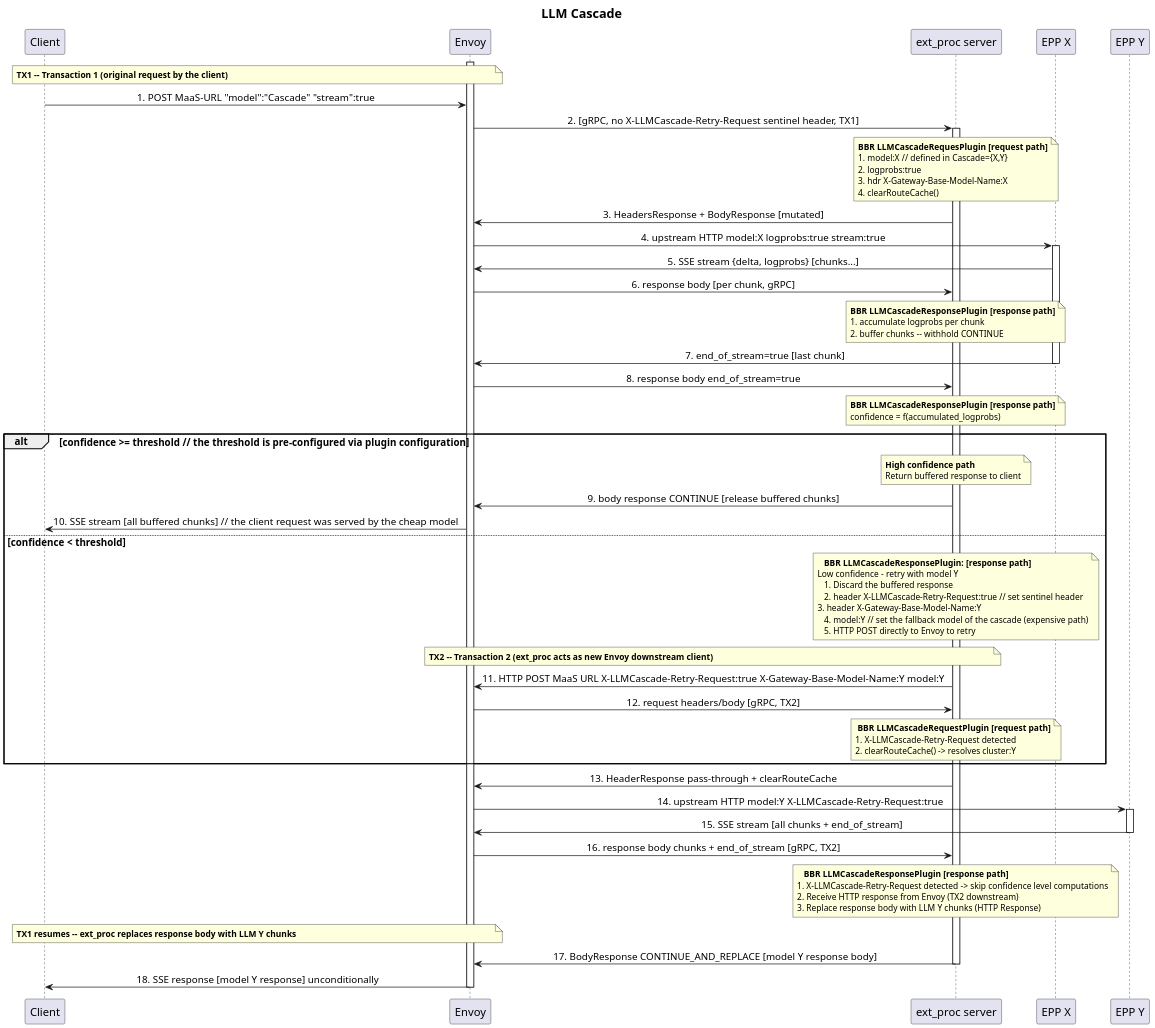
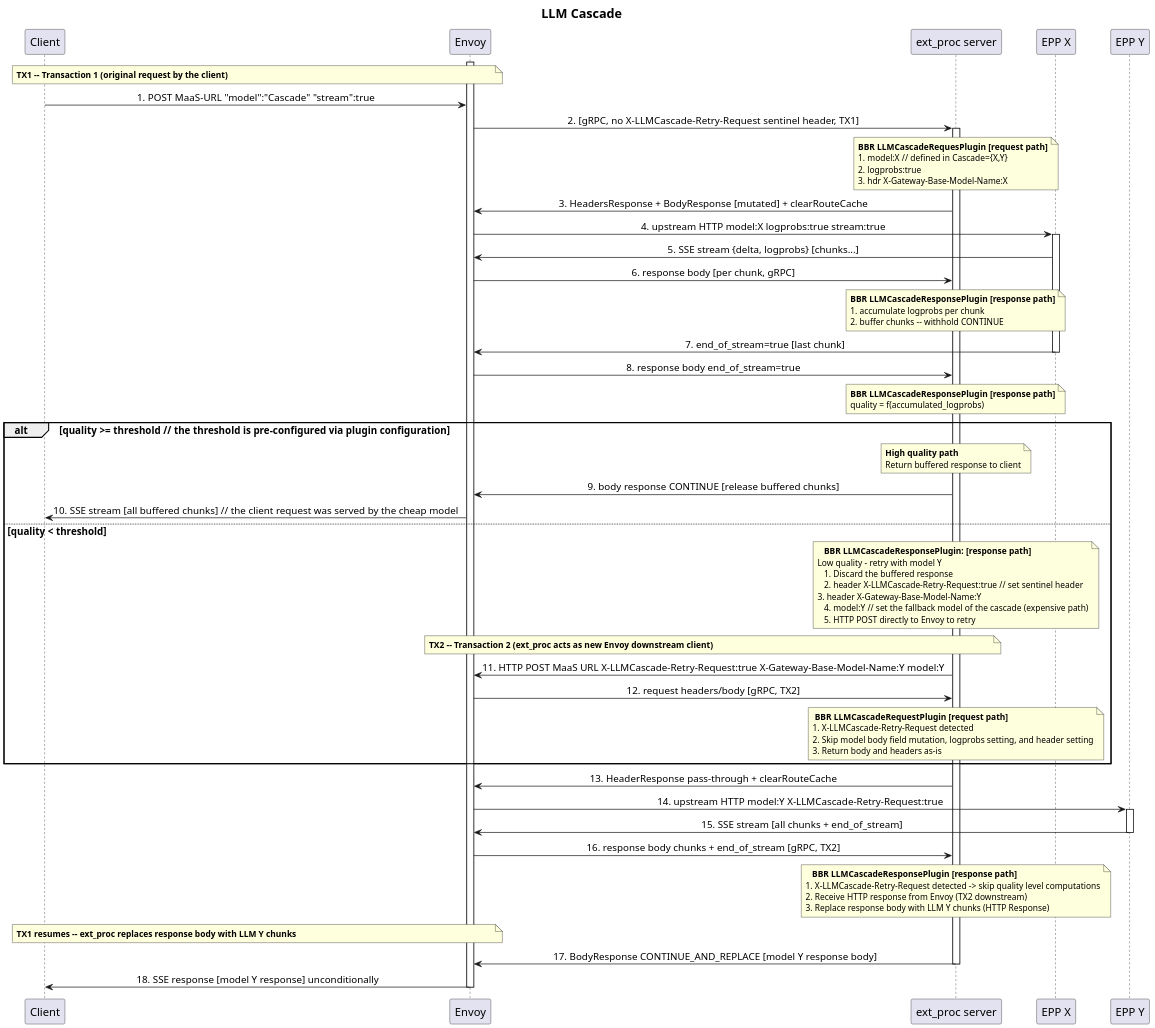
One commit to davidbreitgand/diagrams changed the diagram in low-level-sequence-diagram.puml. Above: the diagram before and after it, drawn with PlantUML. The commit also changed 1 other file, not shown here.

```diff
--- a/low-level-sequence-diagram.puml
+++ b/low-level-sequence-diagram.puml
@@ -1,110 +1,110 @@
 @startuml LLMCascade
 ' PlantUML Diagram
 ' Edit this file to create your diagram
 
 ' High-quality settings optimized for Google Docs
 ' Balance between resolution and size to prevent cutoff
 skinparam dpi 400
 skinparam defaultFontSize 14
 skinparam titleFontSize 18
 skinparam participantFontSize 16
 skinparam sequenceMessageAlign center
 skinparam noteFontSize 12
 skinparam noteTextAlignment left
 
 ' Compact layout to fit page width
 skinparam ParticipantPadding 20
 skinparam BoxPadding 5
 skinparam SequenceMessageAlign center
 
 ' Prevent diagram cutoff
 scale 0.4
 
 title LLM Cascade
 
 participant "Client" as client
 participant "Envoy" as envoy
 participant "ext_proc server" as ext_proc
 participant "EPP X" as epp_cx
 participant "EPP Y" as epp_cy
 
 activate envoy
 note over client,envoy
   **TX1 -- Transaction 1 (original request by the client)**
 end note
 client -> envoy: 1. POST MaaS-URL "model":"Cascade" "stream":true
 envoy -> ext_proc: 2. [gRPC, no X-LLMCascade-Retry-Request sentinel header, TX1]
 activate ext_proc
 note over ext_proc
   **BBR LLMCascadeRequesPlugin [request path]**
   1. model:X // defined in Cascade={X,Y}
   2. logprobs:true
   3. hdr X-Gateway-Base-Model-Name:X
-  4. clearRouteCache()
 end note
-ext_proc -> envoy: 3. HeadersResponse + BodyResponse [mutated]
+ext_proc -> envoy: 3. HeadersResponse + BodyResponse [mutated] + clearRouteCache
 envoy -> epp_cx: 4. upstream HTTP model:X logprobs:true stream:true
 activate epp_cx
 epp_cx -> envoy: 5. SSE stream {delta, logprobs} [chunks...]
 envoy -> ext_proc: 6. response body [per chunk, gRPC]
 note over ext_proc
   **BBR LLMCascadeResponsePlugin [response path]**
   1. accumulate logprobs per chunk
   2. buffer chunks -- withhold CONTINUE
 end note 
 epp_cx -> envoy: 7. end_of_stream=true [last chunk]
 deactivate epp_cx
 envoy -> ext_proc: 8. response body end_of_stream=true
 note over ext_proc
   **BBR LLMCascadeResponsePlugin [response path]**
-  confidence = f(accumulated_logprobs) 
+  quality = f(accumulated_logprobs) 
 end note
 
-alt confidence >= threshold // the threshold is pre-configured via plugin configuration
+alt quality >= threshold // the threshold is pre-configured via plugin configuration
   note over ext_proc
-    **High confidence path**
+    **High quality path**
     Return buffered response to client
   end note
   ext_proc -> envoy: 9. body response CONTINUE [release buffered chunks]
   envoy -> client: 10. SSE stream [all buffered chunks] // the client request was served by the cheap model
-else confidence < threshold
+else quality < threshold
   note over ext_proc
     **BBR LLMCascadeResponsePlugin: [response path]**
-	Low confidence - retry with model Y
+	Low quality - retry with model Y
     1. Discard the buffered response
     2. header X-LLMCascade-Retry-Request:true // set sentinel header
 	3. header X-Gateway-Base-Model-Name:Y
     4. model:Y // set the fallback model of the cascade (expensive path)
     5. HTTP POST directly to Envoy to retry
   end note
   note over envoy,ext_proc
     **TX2 -- Transaction 2 (ext_proc acts as new Envoy downstream client)**
   end note
   ext_proc -> envoy: 11. HTTP POST MaaS URL X-LLMCascade-Retry-Request:true X-Gateway-Base-Model-Name:Y model:Y
   envoy -> ext_proc: 12. request headers/body [gRPC, TX2]
   note over ext_proc
     **BBR LLMCascadeRequestPlugin [request path]**
    1. X-LLMCascade-Retry-Request detected
-   2. clearRouteCache() -> resolves cluster:Y
+   2. Skip model body field mutation, logprobs setting, and header setting
+   3. Return body and headers as-is
   end note
 end
   ext_proc -> envoy: 13. HeaderResponse pass-through + clearRouteCache
   envoy -> epp_cy: 14. upstream HTTP model:Y X-LLMCascade-Retry-Request:true
   activate epp_cy
   epp_cy -> envoy: 15. SSE stream [all chunks + end_of_stream]
   deactivate epp_cy
   envoy -> ext_proc: 16. response body chunks + end_of_stream [gRPC, TX2]
   note over ext_proc
     **BBR LLMCascadeResponsePlugin [response path]**
- 1. X-LLMCascade-Retry-Request detected -> skip confidence level computations
+ 1. X-LLMCascade-Retry-Request detected -> skip quality level computations
  2. Receive HTTP response from Envoy (TX2 downstream)
  3. Replace response body with LLM Y chunks (HTTP Response)
   end note
   note over client,envoy
     **TX1 resumes -- ext_proc replaces response body with LLM Y chunks**
   end note
   ext_proc -> envoy: 17. BodyResponse CONTINUE_AND_REPLACE [model Y response body]
   deactivate ext_proc
   envoy -> client: 18. SSE response [model Y response] unconditionally
   deactivate envoy
 @enduml
```
